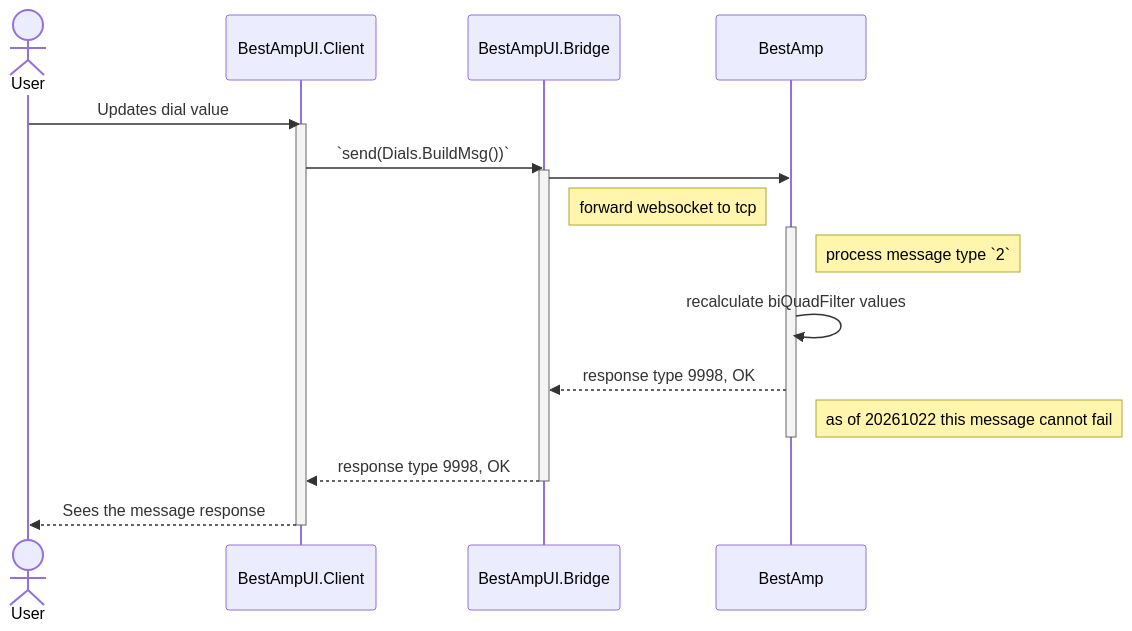
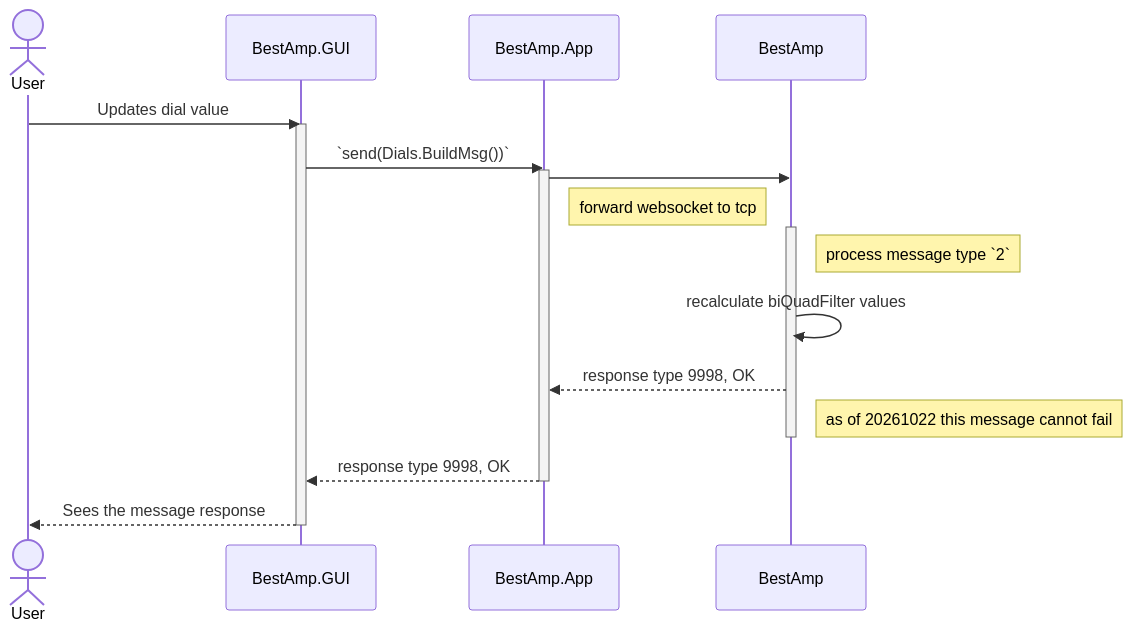
Before and after one commit to Even-Better-Software/BestAmp: the diagram in docs/ba_update_amp_values_seq.mmd, drawn with Mermaid. The commit also changed 86 other files, not shown here.

Commit message:
BestAmpUI.Bridge -> BestAmp.App, BestAmpUI.Client -> BestAmp.GUI.

```diff
--- a/docs/ba_update_amp_values_seq.mmd
+++ b/docs/ba_update_amp_values_seq.mmd
@@ -1,28 +1,28 @@
 sequenceDiagram
     actor U as User
 
-    participant C   as BestAmpUI.Client
-    participant B   as BestAmpUI.Bridge
+    participant C   as BestAmp.GUI
+    participant B   as BestAmp.App
     participant A1  as BestAmp
 
 
     %% start
 
     U ->> C: Updates dial value
     activate C
     C ->> B: `send(Dials.BuildMsg())`
     activate B
     B ->> A1: 
     Note right of B: forward websocket to tcp
     activate A1
     Note right of A1: process message type `2`
     A1 ->> A1: recalculate biQuadFilter values
     A1 -->> B: response type 9998, OK
     Note right of A1: as of 20261022 this message cannot fail
     deactivate A1
     B -->> C: response type 9998, OK
     deactivate B
     C -->> U: Sees the message response
     deactivate C
 
     %% end
```
